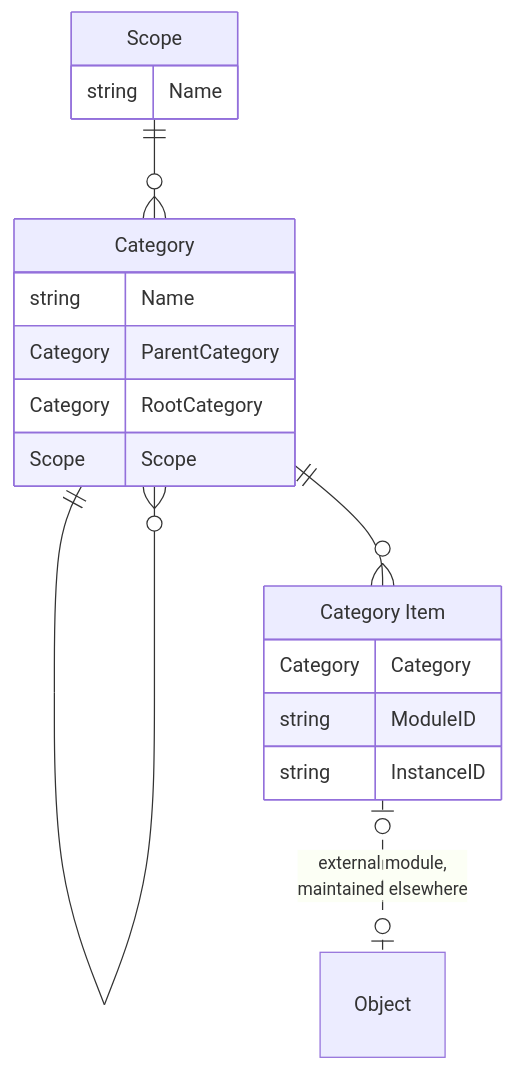
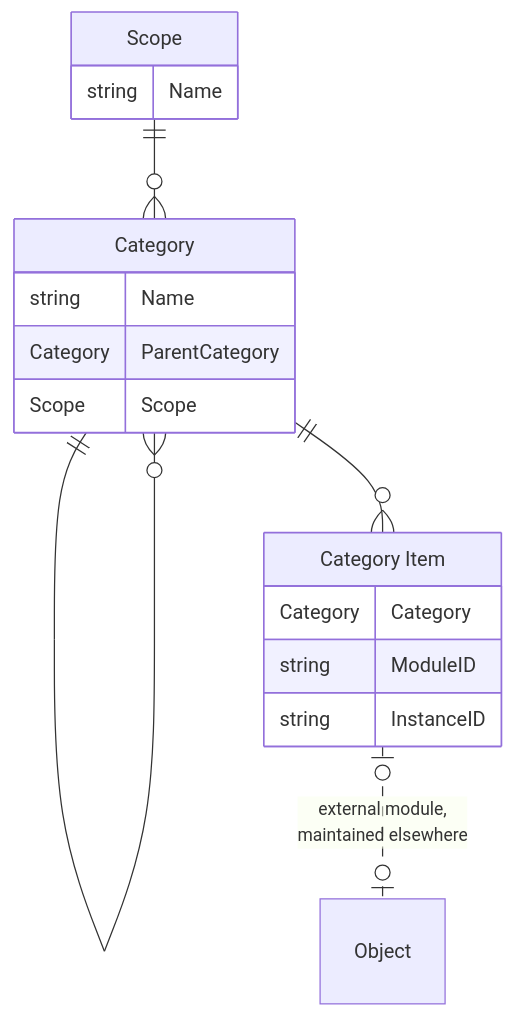
One commit to SkylineCommunications/Skyline.DataMiner.Dev.Utils.Solutions.Categories changed the diagram in Documentation/Core Concepts.md. Above: the diagram before and after it, drawn with Mermaid. The commit also changed other lines of this file and 5 other files, not shown here.

Commit message:
Remove RootCategory property

````diff
--- a/Documentation/Core Concepts.md
+++ b/Documentation/Core Concepts.md
@@ -11,22 +11,21 @@
 ```mermaid
 erDiagram
 	"Scope" {
 		string Name
 	}
 	"Category" {
 		string Name
 		Category ParentCategory
-		Category RootCategory
 		Scope Scope
 	}
 	"Category Item" {
 		Category Category
 		string ModuleID
 		string InstanceID
 	}
 
 	"Scope" ||--o{ "Category" : ""
 	"Category" ||--o{ "Category" : ""
 	"Category" ||--o{ "Category Item" : ""
 	"Category Item" |o..o| "Object" : "external module,<br/>maintained elsewhere"
 ```
````
